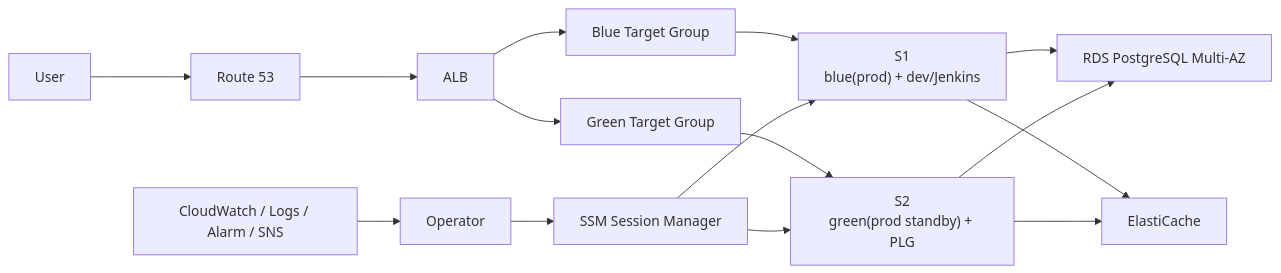
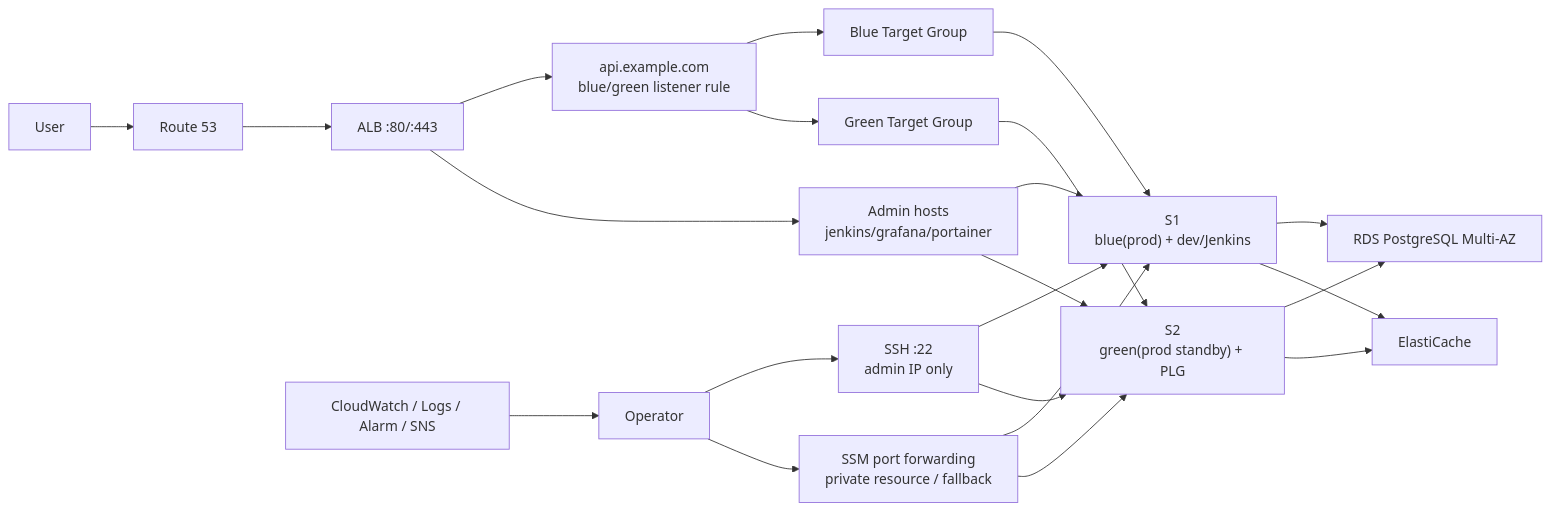
The first of 2 diagrams in Docs/인프라/2026-04-20_AWS_인프라_설계안.md (busaneumgil/busaneumgil), drawn with Mermaid before and after one commit. The commit also changed other lines of this file and 5 other files, not shown here.

````diff
--- a/Docs/인프라/2026-04-20_AWS_인프라_설계안.md
+++ b/Docs/인프라/2026-04-20_AWS_인프라_설계안.md
@@ -31,23 +36,33 @@
 ```mermaid
 flowchart LR
     U["User"] --> DNS["Route 53"]
-    DNS --> ALB["ALB"]
+    DNS --> ALB["ALB :80/:443"]
 
-    ALB --> BTG["Blue Target Group"]
-    ALB --> GTG["Green Target Group"]
+    ALB --> API["api.example.com<br/>blue/green listener rule"]
+    ALB --> ADMIN["Admin hosts<br/>jenkins/grafana/portainer"]
+
+    API --> BTG["Blue Target Group"]
+    API --> GTG["Green Target Group"]
 
     BTG --> S1["S1<br/>blue(prod) + dev/Jenkins"]
     GTG --> S2["S2<br/>green(prod standby) + PLG"]
+
+    ADMIN --> S1
+    ADMIN --> S2
 
     S1 --> RDS["RDS PostgreSQL Multi-AZ"]
     S2 --> RDS
 
     S1 --> EC["ElastiCache"]
     S2 --> EC
 
-    OPS["Operator"] --> SSM["SSM Session Manager"]
+    OPS["Operator"] --> SSH["SSH :22<br/>admin IP only"]
+    SSH --> S1
+    SSH --> S2
+
+    OPS --> SSM["SSM port forwarding<br/>private resource / fallback"]
     SSM --> S1
     SSM --> S2
 
     CW["CloudWatch / Logs / Alarm / SNS"] --> OPS
 ```
````
